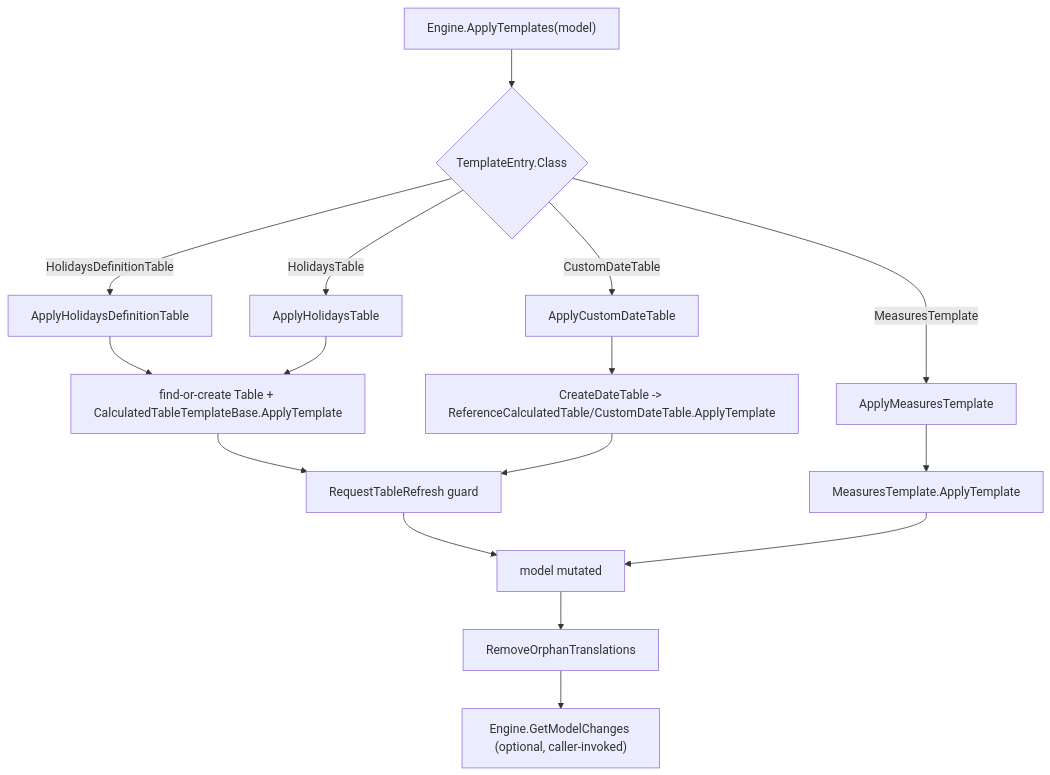
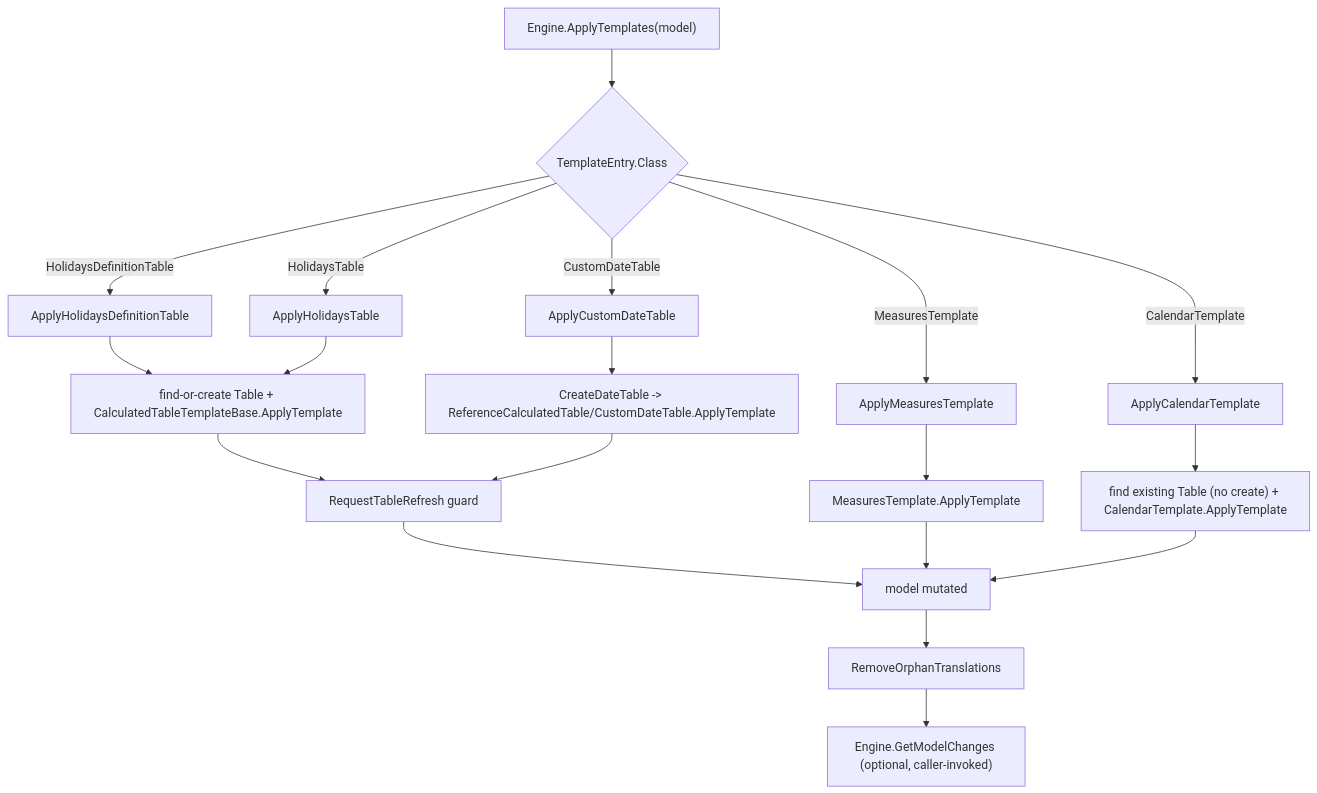
The diagram in docs/design/apply-templates-lifecycle.md (sql-bi/DaxTemplate), drawn with Mermaid before and after one commit. The commit also changed other lines of this file and 15 other files, not shown here.

````diff
--- a/docs/design/apply-templates-lifecycle.md
+++ b/docs/design/apply-templates-lifecycle.md
@@ -23,18 +24,21 @@
 ```mermaid
 flowchart TD
     A["Engine.ApplyTemplates(model)"] --> B{"TemplateEntry.Class"}
     B -->|HolidaysDefinitionTable| C[ApplyHolidaysDefinitionTable]
     B -->|HolidaysTable| D[ApplyHolidaysTable]
     B -->|CustomDateTable| E[ApplyCustomDateTable]
     B -->|MeasuresTemplate| F[ApplyMeasuresTemplate]
+    B -->|CalendarTemplate| N[ApplyCalendarTemplate]
     C --> G["find-or-create Table + CalculatedTableTemplateBase.ApplyTemplate"]
     D --> G
     E --> H["CreateDateTable -> ReferenceCalculatedTable/CustomDateTable.ApplyTemplate"]
     G --> I[RequestTableRefresh guard]
     H --> I
     F --> J["MeasuresTemplate.ApplyTemplate"]
+    N --> O["find existing Table (no create) + CalendarTemplate.ApplyTemplate"]
     I --> K[model mutated]
     J --> K
+    O --> K
     K --> L[RemoveOrphanTranslations]
     L --> M["Engine.GetModelChanges (optional, caller-invoked)"]
 ```
````
